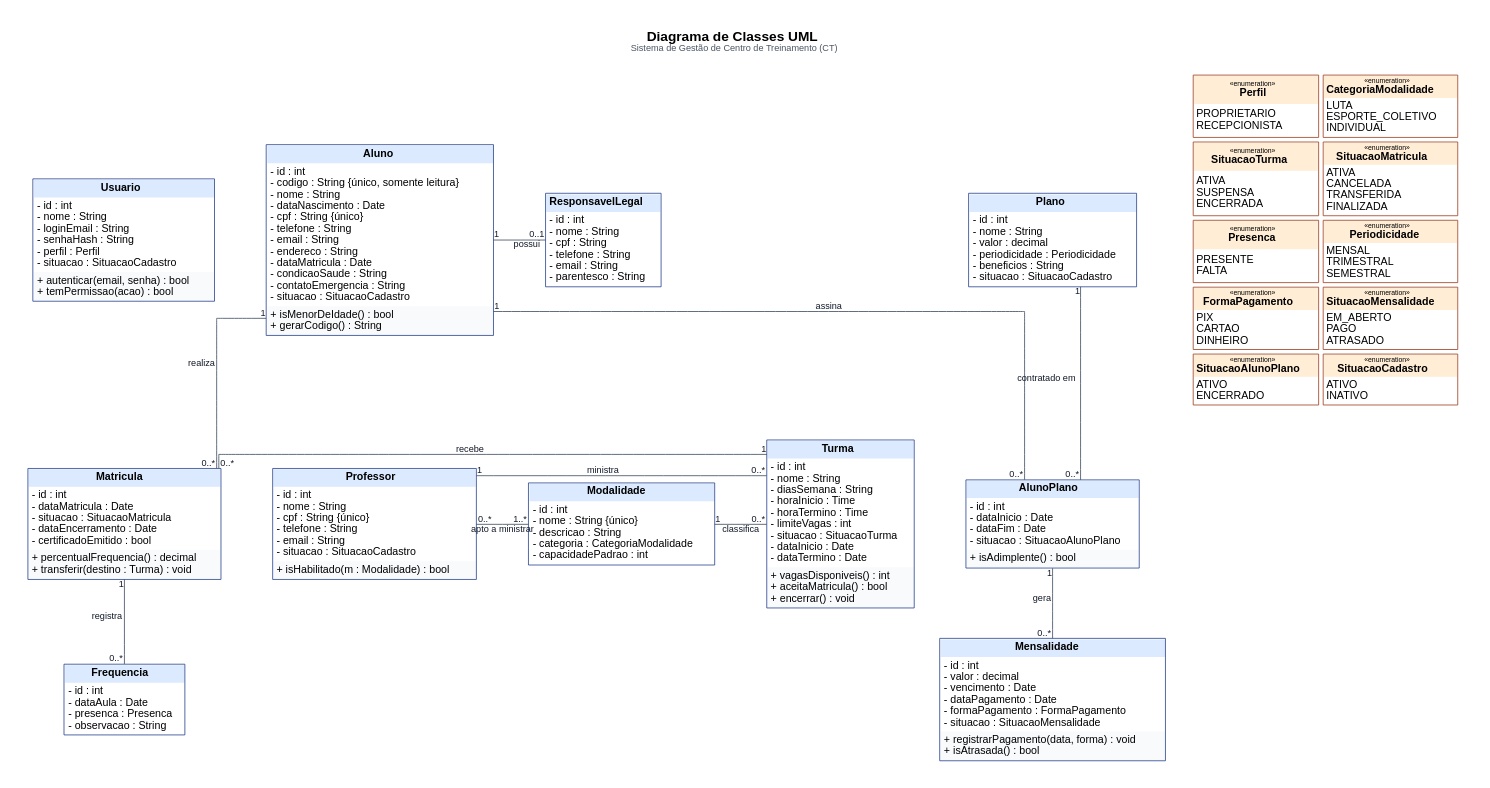
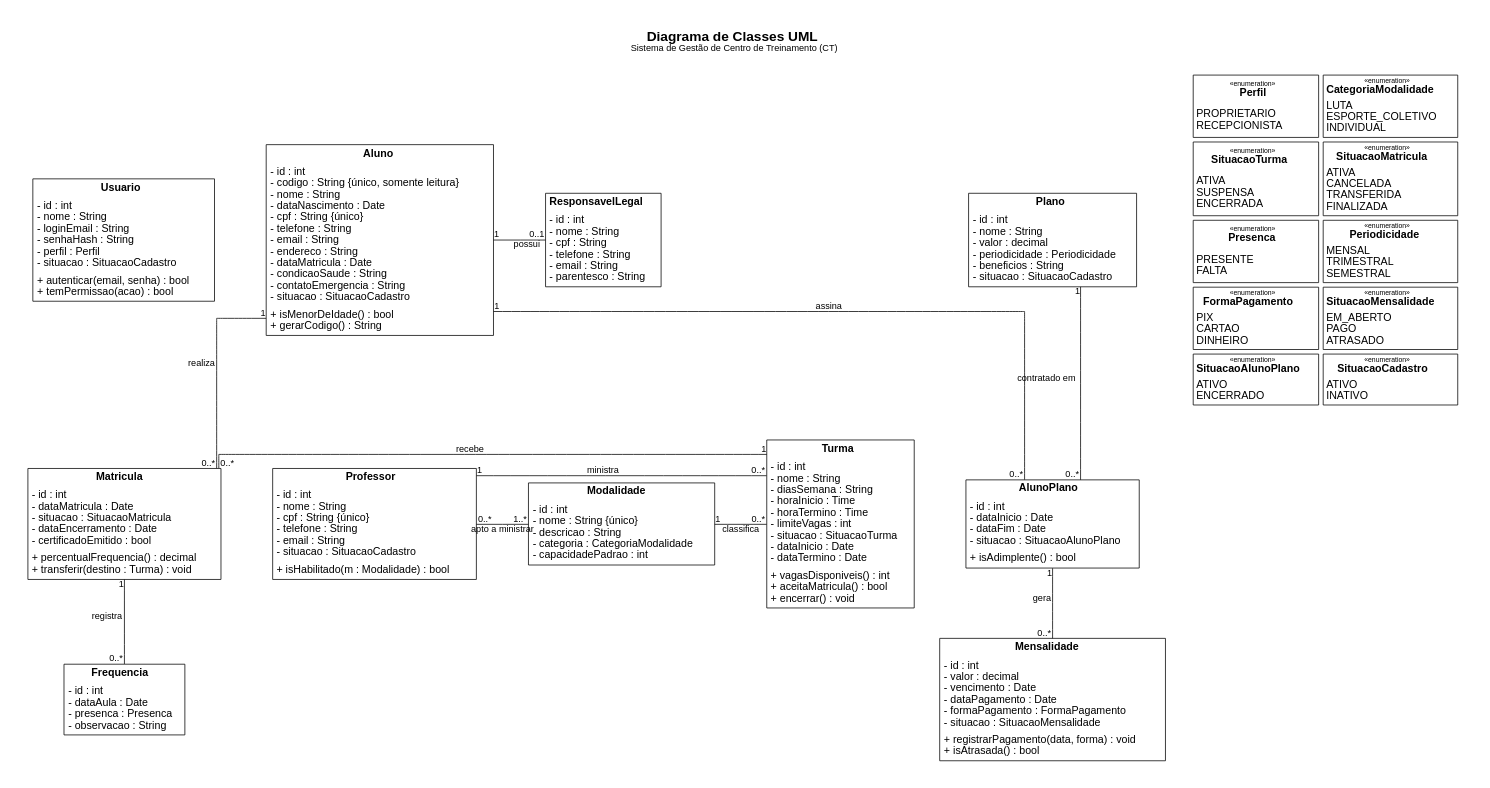
One commit to arthurvtl/centro-treinamento-devweb changed the diagram in docs/analise/diagramas/classes.dot. Above: the diagram before and after it, drawn with Graphviz. The commit also changed 8 other files, not shown here.

```diff
--- a/docs/analise/diagramas/classes.dot
+++ b/docs/analise/diagramas/classes.dot
@@ -2,95 +2,95 @@
 // Gerar: dot -Tsvg classes.dot -o classes.svg && dot -Tpng -Gdpi=200 classes.dot -o classes.png
 digraph Classes {
   graph [
-    label=<<b>Diagrama de Classes UML</b><br/><font point-size="12" color="#4b5563">Sistema de Gestão de Centro de Treinamento (CT)</font><br/> >,
+    label=<<b>Diagrama de Classes UML</b><br/><font point-size="12" color="#000000">Sistema de Gestão de Centro de Treinamento (CT)</font><br/> >,
     labelloc=t, fontname="Helvetica", fontsize=18,
     rankdir=TB, splines=ortho, nodesep=0.95, ranksep=0.55, pad=0.4, bgcolor="white"
   ];
   node  [shape=plain, fontname="Helvetica", fontsize=14];
-  edge  [fontname="Helvetica", fontsize=12, color="#334155", fontcolor="#111827", arrowhead=none];
+  edge  [fontname="Helvetica", fontsize=12, color="#000000", fontcolor="#000000", arrowhead=none];
 
   // ---------- Classes ----------
   Usuario [label=<
-    <table border="1" cellborder="0" cellspacing="0" cellpadding="4" color="#1e3a8a">
-      <tr><td bgcolor="#dbeafe"><b>Usuario</b></td></tr>
+    <table border="1" cellborder="0" cellspacing="0" cellpadding="4" color="#000000">
+      <tr><td><b>Usuario</b></td></tr>
       <tr><td align="left" balign="left">- id : int<br/>- nome : String<br/>- loginEmail : String<br/>- senhaHash : String<br/>- perfil : Perfil<br/>- situacao : SituacaoCadastro</td></tr>
-      <tr><td align="left" balign="left" bgcolor="#f8fafc">+ autenticar(email, senha) : bool<br/>+ temPermissao(acao) : bool</td></tr>
+      <tr><td align="left" balign="left">+ autenticar(email, senha) : bool<br/>+ temPermissao(acao) : bool</td></tr>
     </table>>];
 
   Aluno [label=<
-    <table border="1" cellborder="0" cellspacing="0" cellpadding="4" color="#1e3a8a">
-      <tr><td bgcolor="#dbeafe"><b>Aluno</b></td></tr>
+    <table border="1" cellborder="0" cellspacing="0" cellpadding="4" color="#000000">
+      <tr><td><b>Aluno</b></td></tr>
       <tr><td align="left" balign="left">- id : int<br/>- codigo : String {único, somente leitura}<br/>- nome : String<br/>- dataNascimento : Date<br/>- cpf : String {único}<br/>- telefone : String<br/>- email : String<br/>- endereco : String<br/>- dataMatricula : Date<br/>- condicaoSaude : String<br/>- contatoEmergencia : String<br/>- situacao : SituacaoCadastro</td></tr>
-      <tr><td align="left" balign="left" bgcolor="#f8fafc">+ isMenorDeIdade() : bool<br/>+ gerarCodigo() : String</td></tr>
+      <tr><td align="left" balign="left">+ isMenorDeIdade() : bool<br/>+ gerarCodigo() : String</td></tr>
     </table>>];
 
   ResponsavelLegal [label=<
-    <table border="1" cellborder="0" cellspacing="0" cellpadding="4" color="#1e3a8a">
-      <tr><td bgcolor="#dbeafe"><b>ResponsavelLegal</b></td></tr>
+    <table border="1" cellborder="0" cellspacing="0" cellpadding="4" color="#000000">
+      <tr><td><b>ResponsavelLegal</b></td></tr>
       <tr><td align="left" balign="left">- id : int<br/>- nome : String<br/>- cpf : String<br/>- telefone : String<br/>- email : String<br/>- parentesco : String</td></tr>
     </table>>];
 
   Professor [label=<
-    <table border="1" cellborder="0" cellspacing="0" cellpadding="4" color="#1e3a8a">
-      <tr><td bgcolor="#dbeafe"><b>Professor</b></td></tr>
+    <table border="1" cellborder="0" cellspacing="0" cellpadding="4" color="#000000">
+      <tr><td><b>Professor</b></td></tr>
       <tr><td align="left" balign="left">- id : int<br/>- nome : String<br/>- cpf : String {único}<br/>- telefone : String<br/>- email : String<br/>- situacao : SituacaoCadastro</td></tr>
-      <tr><td align="left" balign="left" bgcolor="#f8fafc">+ isHabilitado(m : Modalidade) : bool</td></tr>
+      <tr><td align="left" balign="left">+ isHabilitado(m : Modalidade) : bool</td></tr>
     </table>>];
 
   Modalidade [label=<
-    <table border="1" cellborder="0" cellspacing="0" cellpadding="4" color="#1e3a8a">
-      <tr><td bgcolor="#dbeafe"><b>Modalidade</b></td></tr>
+    <table border="1" cellborder="0" cellspacing="0" cellpadding="4" color="#000000">
+      <tr><td><b>Modalidade</b></td></tr>
       <tr><td align="left" balign="left">- id : int<br/>- nome : String {único}<br/>- descricao : String<br/>- categoria : CategoriaModalidade<br/>- capacidadePadrao : int</td></tr>
     </table>>];
 
   Turma [label=<
-    <table border="1" cellborder="0" cellspacing="0" cellpadding="4" color="#1e3a8a">
-      <tr><td bgcolor="#dbeafe"><b>Turma</b></td></tr>
+    <table border="1" cellborder="0" cellspacing="0" cellpadding="4" color="#000000">
+      <tr><td><b>Turma</b></td></tr>
       <tr><td align="left" balign="left">- id : int<br/>- nome : String<br/>- diasSemana : String<br/>- horaInicio : Time<br/>- horaTermino : Time<br/>- limiteVagas : int<br/>- situacao : SituacaoTurma<br/>- dataInicio : Date<br/>- dataTermino : Date</td></tr>
-      <tr><td align="left" balign="left" bgcolor="#f8fafc">+ vagasDisponiveis() : int<br/>+ aceitaMatricula() : bool<br/>+ encerrar() : void</td></tr>
+      <tr><td align="left" balign="left">+ vagasDisponiveis() : int<br/>+ aceitaMatricula() : bool<br/>+ encerrar() : void</td></tr>
     </table>>];
 
   Matricula [label=<
-    <table border="1" cellborder="0" cellspacing="0" cellpadding="4" color="#1e3a8a">
-      <tr><td bgcolor="#dbeafe"><b>Matricula</b></td></tr>
+    <table border="1" cellborder="0" cellspacing="0" cellpadding="4" color="#000000">
+      <tr><td><b>Matricula</b></td></tr>
       <tr><td align="left" balign="left">- id : int<br/>- dataMatricula : Date<br/>- situacao : SituacaoMatricula<br/>- dataEncerramento : Date<br/>- certificadoEmitido : bool</td></tr>
-      <tr><td align="left" balign="left" bgcolor="#f8fafc">+ percentualFrequencia() : decimal<br/>+ transferir(destino : Turma) : void</td></tr>
+      <tr><td align="left" balign="left">+ percentualFrequencia() : decimal<br/>+ transferir(destino : Turma) : void</td></tr>
     </table>>];
 
   Frequencia [label=<
-    <table border="1" cellborder="0" cellspacing="0" cellpadding="4" color="#1e3a8a">
-      <tr><td bgcolor="#dbeafe"><b>Frequencia</b></td></tr>
+    <table border="1" cellborder="0" cellspacing="0" cellpadding="4" color="#000000">
+      <tr><td><b>Frequencia</b></td></tr>
       <tr><td align="left" balign="left">- id : int<br/>- dataAula : Date<br/>- presenca : Presenca<br/>- observacao : String</td></tr>
     </table>>];
 
   Plano [label=<
-    <table border="1" cellborder="0" cellspacing="0" cellpadding="4" color="#1e3a8a">
-      <tr><td bgcolor="#dbeafe"><b>Plano</b></td></tr>
+    <table border="1" cellborder="0" cellspacing="0" cellpadding="4" color="#000000">
+      <tr><td><b>Plano</b></td></tr>
       <tr><td align="left" balign="left">- id : int<br/>- nome : String<br/>- valor : decimal<br/>- periodicidade : Periodicidade<br/>- beneficios : String<br/>- situacao : SituacaoCadastro</td></tr>
     </table>>];
 
   AlunoPlano [label=<
-    <table border="1" cellborder="0" cellspacing="0" cellpadding="4" color="#1e3a8a">
-      <tr><td bgcolor="#dbeafe"><b>AlunoPlano</b></td></tr>
+    <table border="1" cellborder="0" cellspacing="0" cellpadding="4" color="#000000">
+      <tr><td><b>AlunoPlano</b></td></tr>
       <tr><td align="left" balign="left">- id : int<br/>- dataInicio : Date<br/>- dataFim : Date<br/>- situacao : SituacaoAlunoPlano</td></tr>
-      <tr><td align="left" balign="left" bgcolor="#f8fafc">+ isAdimplente() : bool</td></tr>
+      <tr><td align="left" balign="left">+ isAdimplente() : bool</td></tr>
     </table>>];
 
   Mensalidade [label=<
-    <table border="1" cellborder="0" cellspacing="0" cellpadding="4" color="#1e3a8a">
-      <tr><td bgcolor="#dbeafe"><b>Mensalidade</b></td></tr>
+    <table border="1" cellborder="0" cellspacing="0" cellpadding="4" color="#000000">
+      <tr><td><b>Mensalidade</b></td></tr>
       <tr><td align="left" balign="left">- id : int<br/>- valor : decimal<br/>- vencimento : Date<br/>- dataPagamento : Date<br/>- formaPagamento : FormaPagamento<br/>- situacao : SituacaoMensalidade</td></tr>
-      <tr><td align="left" balign="left" bgcolor="#f8fafc">+ registrarPagamento(data, forma) : void<br/>+ isAtrasada() : bool</td></tr>
+      <tr><td align="left" balign="left">+ registrarPagamento(data, forma) : void<br/>+ isAtrasada() : bool</td></tr>
     </table>>];
 
   // ---------- Enumerações ----------
   Enums [label=<
     <table border="0" cellborder="0" cellspacing="6" cellpadding="0">
-      <tr><td><table border="1" cellborder="0" cellspacing="0" cellpadding="3" color="#9a3412"><tr><td bgcolor="#ffedd5"><font point-size="9">«enumeration»</font><br/><b>Perfil</b></td></tr><tr><td align="left" balign="left">PROPRIETARIO<br/>RECEPCIONISTA</td></tr></table></td><td><table border="1" cellborder="0" cellspacing="0" cellpadding="3" color="#9a3412"><tr><td bgcolor="#ffedd5"><font point-size="9">«enumeration»</font><br/><b>CategoriaModalidade</b></td></tr><tr><td align="left" balign="left">LUTA<br/>ESPORTE_COLETIVO<br/>INDIVIDUAL</td></tr></table></td></tr>
-      <tr><td><table border="1" cellborder="0" cellspacing="0" cellpadding="3" color="#9a3412"><tr><td bgcolor="#ffedd5"><font point-size="9">«enumeration»</font><br/><b>SituacaoTurma</b></td></tr><tr><td align="left" balign="left">ATIVA<br/>SUSPENSA<br/>ENCERRADA</td></tr></table></td><td><table border="1" cellborder="0" cellspacing="0" cellpadding="3" color="#9a3412"><tr><td bgcolor="#ffedd5"><font point-size="9">«enumeration»</font><br/><b>SituacaoMatricula</b></td></tr><tr><td align="left" balign="left">ATIVA<br/>CANCELADA<br/>TRANSFERIDA<br/>FINALIZADA</td></tr></table></td></tr>
-      <tr><td><table border="1" cellborder="0" cellspacing="0" cellpadding="3" color="#9a3412"><tr><td bgcolor="#ffedd5"><font point-size="9">«enumeration»</font><br/><b>Presenca</b></td></tr><tr><td align="left" balign="left">PRESENTE<br/>FALTA</td></tr></table></td><td><table border="1" cellborder="0" cellspacing="0" cellpadding="3" color="#9a3412"><tr><td bgcolor="#ffedd5"><font point-size="9">«enumeration»</font><br/><b>Periodicidade</b></td></tr><tr><td align="left" balign="left">MENSAL<br/>TRIMESTRAL<br/>SEMESTRAL</td></tr></table></td></tr>
-      <tr><td><table border="1" cellborder="0" cellspacing="0" cellpadding="3" color="#9a3412"><tr><td bgcolor="#ffedd5"><font point-size="9">«enumeration»</font><br/><b>FormaPagamento</b></td></tr><tr><td align="left" balign="left">PIX<br/>CARTAO<br/>DINHEIRO</td></tr></table></td><td><table border="1" cellborder="0" cellspacing="0" cellpadding="3" color="#9a3412"><tr><td bgcolor="#ffedd5"><font point-size="9">«enumeration»</font><br/><b>SituacaoMensalidade</b></td></tr><tr><td align="left" balign="left">EM_ABERTO<br/>PAGO<br/>ATRASADO</td></tr></table></td></tr>
-      <tr><td><table border="1" cellborder="0" cellspacing="0" cellpadding="3" color="#9a3412"><tr><td bgcolor="#ffedd5"><font point-size="9">«enumeration»</font><br/><b>SituacaoAlunoPlano</b></td></tr><tr><td align="left" balign="left">ATIVO<br/>ENCERRADO</td></tr></table></td><td><table border="1" cellborder="0" cellspacing="0" cellpadding="3" color="#9a3412"><tr><td bgcolor="#ffedd5"><font point-size="9">«enumeration»</font><br/><b>SituacaoCadastro</b></td></tr><tr><td align="left" balign="left">ATIVO<br/>INATIVO</td></tr></table></td></tr>
+      <tr><td><table border="1" cellborder="0" cellspacing="0" cellpadding="3" color="#000000"><tr><td><font point-size="9">«enumeration»</font><br/><b>Perfil</b></td></tr><tr><td align="left" balign="left">PROPRIETARIO<br/>RECEPCIONISTA</td></tr></table></td><td><table border="1" cellborder="0" cellspacing="0" cellpadding="3" color="#000000"><tr><td><font point-size="9">«enumeration»</font><br/><b>CategoriaModalidade</b></td></tr><tr><td align="left" balign="left">LUTA<br/>ESPORTE_COLETIVO<br/>INDIVIDUAL</td></tr></table></td></tr>
+      <tr><td><table border="1" cellborder="0" cellspacing="0" cellpadding="3" color="#000000"><tr><td><font point-size="9">«enumeration»</font><br/><b>SituacaoTurma</b></td></tr><tr><td align="left" balign="left">ATIVA<br/>SUSPENSA<br/>ENCERRADA</td></tr></table></td><td><table border="1" cellborder="0" cellspacing="0" cellpadding="3" color="#000000"><tr><td><font point-size="9">«enumeration»</font><br/><b>SituacaoMatricula</b></td></tr><tr><td align="left" balign="left">ATIVA<br/>CANCELADA<br/>TRANSFERIDA<br/>FINALIZADA</td></tr></table></td></tr>
+      <tr><td><table border="1" cellborder="0" cellspacing="0" cellpadding="3" color="#000000"><tr><td><font point-size="9">«enumeration»</font><br/><b>Presenca</b></td></tr><tr><td align="left" balign="left">PRESENTE<br/>FALTA</td></tr></table></td><td><table border="1" cellborder="0" cellspacing="0" cellpadding="3" color="#000000"><tr><td><font point-size="9">«enumeration»</font><br/><b>Periodicidade</b></td></tr><tr><td align="left" balign="left">MENSAL<br/>TRIMESTRAL<br/>SEMESTRAL</td></tr></table></td></tr>
+      <tr><td><table border="1" cellborder="0" cellspacing="0" cellpadding="3" color="#000000"><tr><td><font point-size="9">«enumeration»</font><br/><b>FormaPagamento</b></td></tr><tr><td align="left" balign="left">PIX<br/>CARTAO<br/>DINHEIRO</td></tr></table></td><td><table border="1" cellborder="0" cellspacing="0" cellpadding="3" color="#000000"><tr><td><font point-size="9">«enumeration»</font><br/><b>SituacaoMensalidade</b></td></tr><tr><td align="left" balign="left">EM_ABERTO<br/>PAGO<br/>ATRASADO</td></tr></table></td></tr>
+      <tr><td><table border="1" cellborder="0" cellspacing="0" cellpadding="3" color="#000000"><tr><td><font point-size="9">«enumeration»</font><br/><b>SituacaoAlunoPlano</b></td></tr><tr><td align="left" balign="left">ATIVO<br/>ENCERRADO</td></tr></table></td><td><table border="1" cellborder="0" cellspacing="0" cellpadding="3" color="#000000"><tr><td><font point-size="9">«enumeration»</font><br/><b>SituacaoCadastro</b></td></tr><tr><td align="left" balign="left">ATIVO<br/>INATIVO</td></tr></table></td></tr>
     </table>>];
 
   // ---------- Layout (linhas) ----------
```
